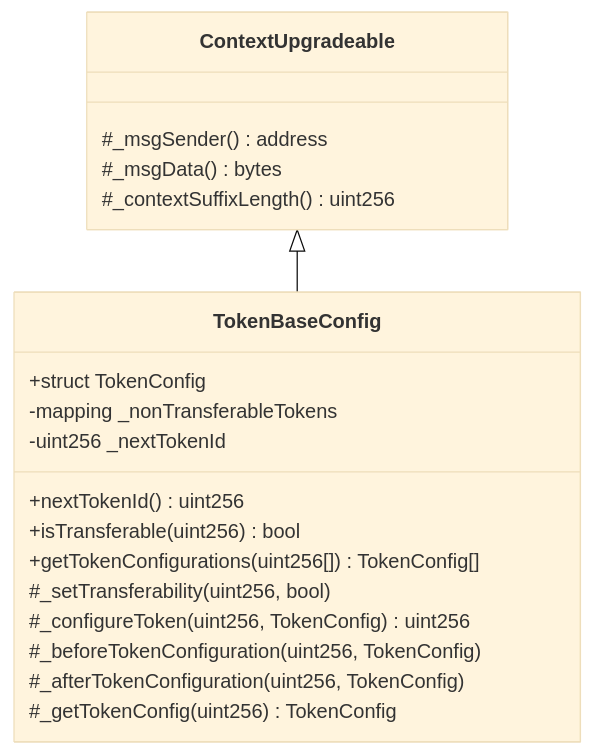
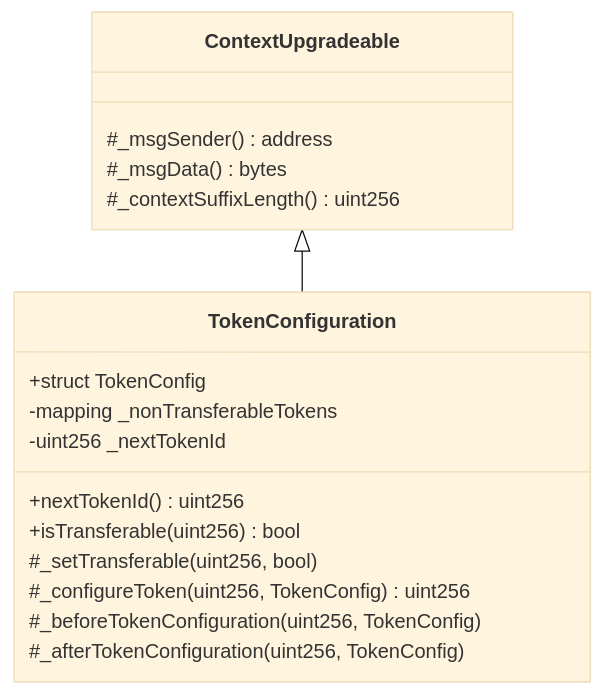
The second of 18 diagrams in src/README.md (glanzz/evmauth-core), drawn with Mermaid (base theme) before and after one commit. The commit also changed other lines of this file and 28 other files, not shown here.

Commit message:
refactor: simplify token config

````diff
--- a/src/README.md
+++ b/src/README.md
@@ -251,23 +256,21 @@
 ```mermaid
 classDiagram
     class ContextUpgradeable{
         #_msgSender() address
         #_msgData() bytes
         #_contextSuffixLength() uint256
     }
-    class TokenBaseConfig{
+    class TokenConfiguration{
         +struct TokenConfig
         -mapping _nonTransferableTokens
         -uint256 _nextTokenId
         +nextTokenId() uint256
         +isTransferable(uint256) bool
-        +getTokenConfigurations(uint256[]) TokenConfig[]
-        #_setTransferability(uint256, bool)
+        #_setTransferable(uint256, bool)
         #_configureToken(uint256, TokenConfig) uint256
         #_beforeTokenConfiguration(uint256, TokenConfig)
         #_afterTokenConfiguration(uint256, TokenConfig)
-        #_getTokenConfig(uint256) TokenConfig
     }
     
-    ContextUpgradeable <|-- TokenBaseConfig
+    ContextUpgradeable <|-- TokenConfiguration
 ```
````
